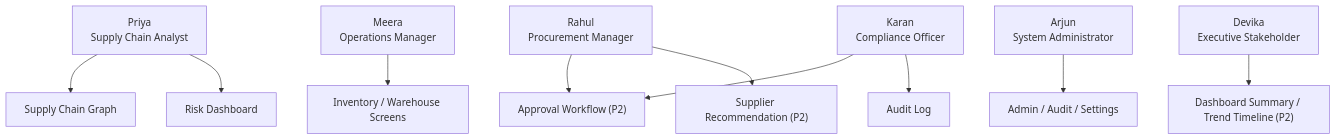
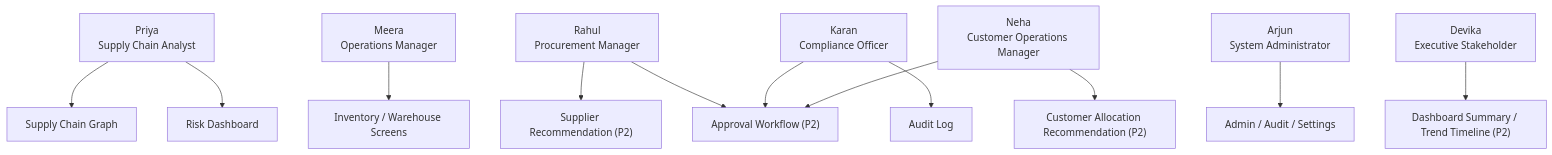
Before and after one commit to murali-ftw/ChainPilot: the second of 2 diagrams in docs/01_Product_Requirement_Document.md, drawn with Mermaid. The commit also changed other lines of this file and 17 other files, not shown here.

````diff
--- a/docs/01_Product_Requirement_Document.md
+++ b/docs/01_Product_Requirement_Document.md
@@ -198,12 +225,14 @@
 ```mermaid
 flowchart TD
     P["Priya\nSupply Chain Analyst"] --> D["Risk Dashboard"]
     P --> G["Supply Chain Graph"]
     R["Rahul\nProcurement Manager"] --> REC["Supplier Recommendation (P2)"]
     R --> APP["Approval Workflow (P2)"]
     M["Meera\nOperations Manager"] --> INV["Inventory / Warehouse Screens"]
     A["Arjun\nSystem Administrator"] --> ADM["Admin / Audit / Settings"]
     E["Devika\nExecutive Stakeholder"] --> SUM["Dashboard Summary / Trend Timeline (P2)"]
     K["Karan\nCompliance Officer"] --> AUD["Audit Log"]
     K --> APP
+    N["Neha\nCustomer Operations Manager"] --> ALLOC["Customer Allocation Recommendation (P2)"]
+    N --> APP
 ```
````
